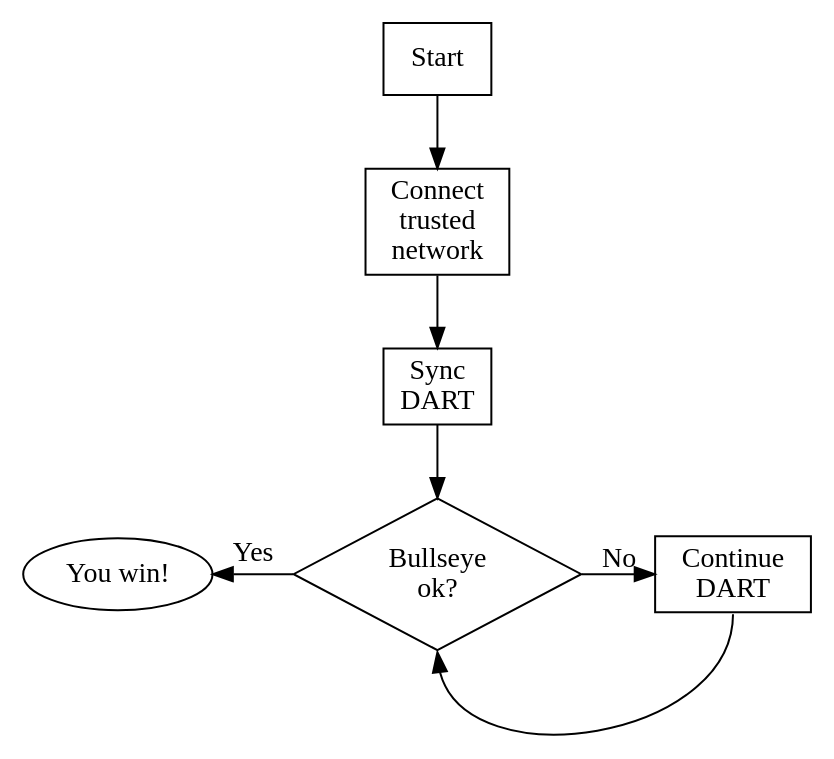
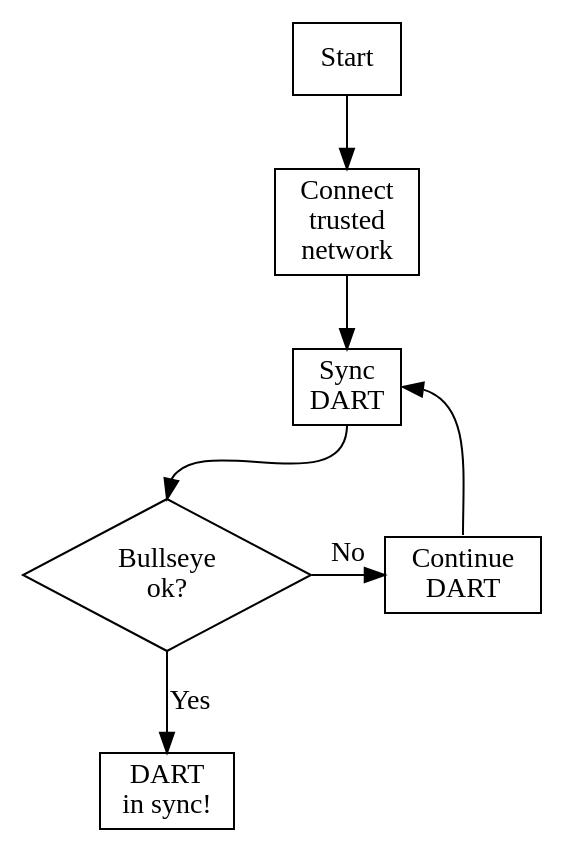
The first of 2 diagrams in documents/architecture/DART.md (tagion/tagion), drawn with Graphviz before and after one commit. The commit also changed other lines of this file and 4 other files, not shown here.

````diff
--- a/documents/architecture/DART.md
+++ b/documents/architecture/DART.md
@@ -22,42 +40,42 @@
 ```graphviz
 digraph G {
   node [fontname = "Handlee"];
   edge [fontname = "Handlee"];
 
   start [
     label = "Start";
     shape = rect;
   ];
   connect [
     label = "Connect\ntrusted\nnetwork";
     shape = rect;
   ];
   sync [
     label = "Sync\nDART";
     shape = rect;
   ];
-   win [
-    label = "You win!";
-    shape = oval;
-  ];
   insync [
     label = "Bullseye\nok?";
     shape = diamond;
   ];
-  point [
+  resync [
     label = "Continue\nDART";
+    shape = rect;
+  ];
+   dart [
+    label = "DART\nin sync!";
     shape = rect;
   ];
 
   start -> connect;
-  connect -> sync;
-  sync -> insync;
-  point:s -> insync:s;
-  win -> insync [ label = "Yes"; dir=back ];
-  insync -> point [ label = "No" ];
+  connect -> sync:n;
+  sync:s -> insync:n;
+  resync:n -> sync:e;
+  insync:s -> dart [ label = "Yes" ];
+  insync -> resync [ label = "No" ];
   {
     rank=same;
-    insync; point; win;
+    insync; resync; 
   }
 }
 ```
````
